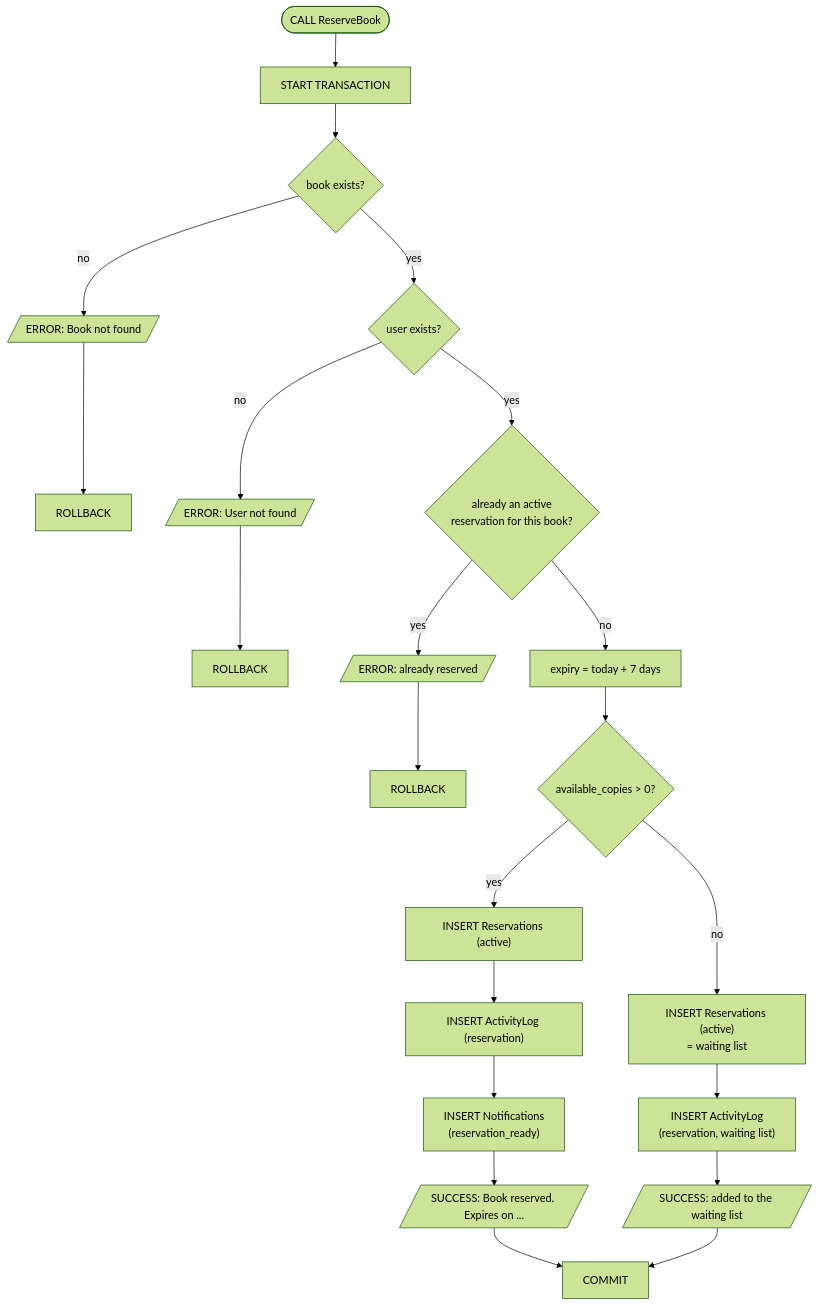
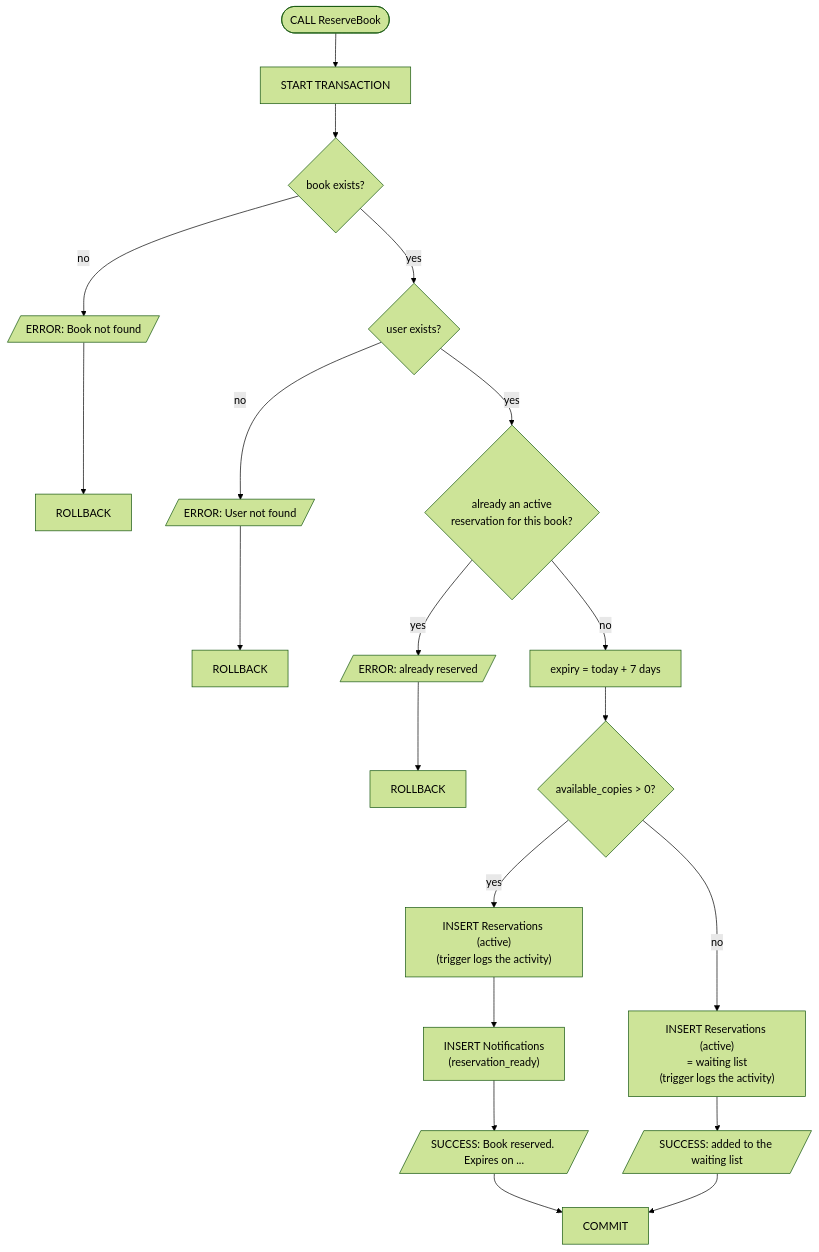
The eighth of 14 diagrams in docs/ARCHITECTURE.md (ashzaeen/Library-Management-System), drawn with Mermaid (forest theme) before and after one commit. The commit also changed other lines of this file and 2 other files, not shown here.

First line of the commit message:
Fix last-copy checkout, duplicate activity logging and open transactions

````diff
--- a/docs/ARCHITECTURE.md
+++ b/docs/ARCHITECTURE.md
@@ -253,21 +253,19 @@
 ```mermaid
 flowchart TD
     S([CALL ReserveBook]) --> TX[START TRANSACTION]
     TX --> B{book exists?}
     B -- no --> E1[/"ERROR: Book not found"/] --> RB1[ROLLBACK]
     B -- yes --> U{user exists?}
     U -- no --> E2[/"ERROR: User not found"/] --> RB2[ROLLBACK]
     U -- yes --> D{already an active<br/>reservation for this book?}
     D -- yes --> E3[/"ERROR: already reserved"/] --> RB3[ROLLBACK]
     D -- no --> EX["expiry = today + 7 days"]
     EX --> AV{available_copies > 0?}
-    AV -- yes --> I1["INSERT Reservations (active)"]
-    I1 --> I2["INSERT ActivityLog (reservation)"]
-    I2 --> I3["INSERT Notifications<br/>(reservation_ready)"]
+    AV -- yes --> I1["INSERT Reservations (active)<br/>(trigger logs the activity)"]
+    I1 --> I3["INSERT Notifications<br/>(reservation_ready)"]
     I3 --> R1[/"SUCCESS: Book reserved. Expires on ..."/]
-    AV -- no --> W1["INSERT Reservations (active)<br/>= waiting list"]
-    W1 --> W2["INSERT ActivityLog<br/>(reservation, waiting list)"]
-    W2 --> R2[/"SUCCESS: added to the waiting list"/]
+    AV -- no --> W1["INSERT Reservations (active)<br/>= waiting list<br/>(trigger logs the activity)"]
+    W1 --> R2[/"SUCCESS: added to the waiting list"/]
     R1 --> CM[COMMIT]
     R2 --> CM
 ```
````
